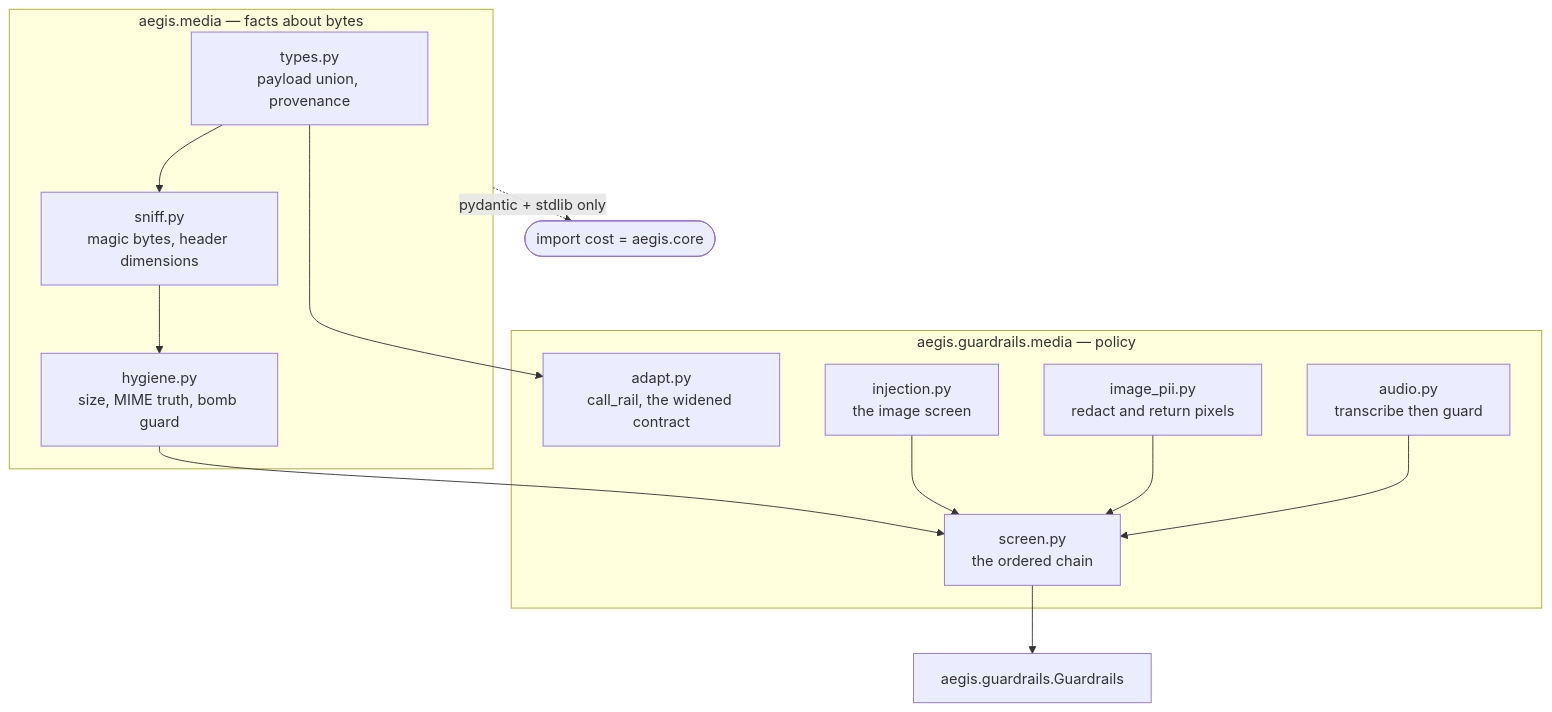
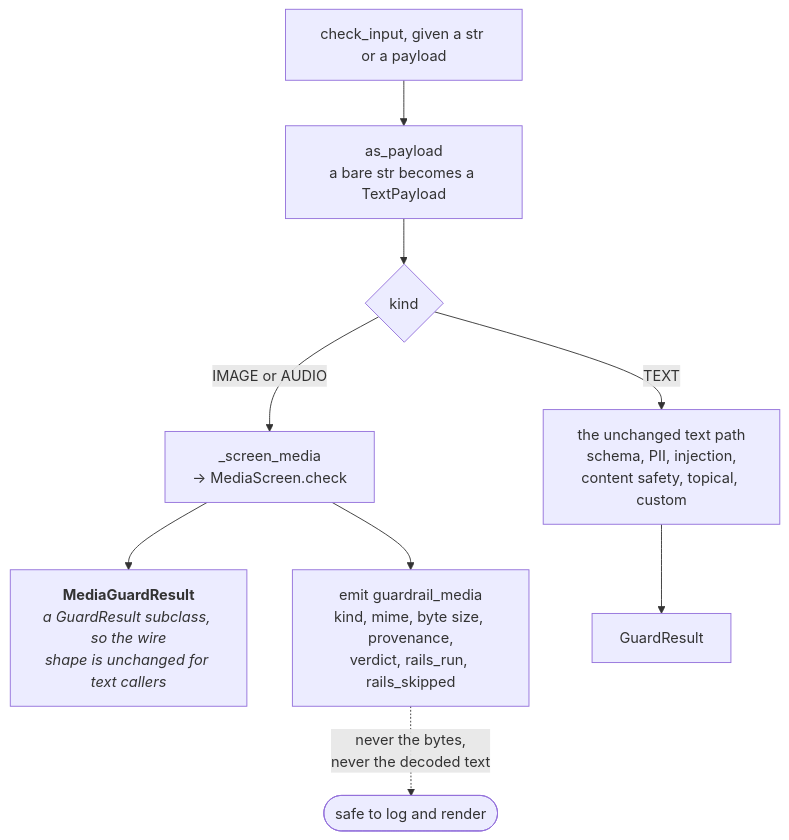
One commit to yrevash/aegis changed the first of 5 diagrams in docs/teaching/media/40-diagrams.md. Above: the diagram before and after it, drawn with Mermaid. The commit also changed other lines of this file and 111 other files, not shown here.

````diff
--- a/docs/teaching/media/40-diagrams.md
+++ b/docs/teaching/media/40-diagrams.md
@@ -11,28 +15,14 @@
 ```mermaid
 flowchart TB
-    subgraph FACTS["aegis.media — facts about bytes"]
-        T["types.py<br/>payload union, provenance"]
-        S["sniff.py<br/>magic bytes, header dimensions"]
-        H["hygiene.py<br/>size, MIME truth, bomb guard"]
-    end
+    IN["check_input, given a str or a payload"] --> AS["as_payload<br/>a bare str becomes a TextPayload"]
+    AS --> K{"kind"}
 
-    subgraph POLICY["aegis.guardrails.media — policy"]
-        AD["adapt.py<br/>call_rail, the widened contract"]
-        IN["injection.py<br/>the image screen"]
-        PI["image_pii.py<br/>redact and return pixels"]
-        AU["audio.py<br/>transcribe then guard"]
-        SC["screen.py<br/>the ordered chain"]
-    end
+    K -->|TEXT| TXT["the unchanged text path<br/>schema, PII, injection,<br/>content safety, topical, custom"]
+    K -->|"IMAGE or AUDIO"| MED["_screen_media<br/>-> MediaScreen.check"]
 
-    T --> S
-    S --> H
-    H --> SC
-    T --> AD
-    IN --> SC
-    PI --> SC
-    AU --> SC
+    MED --> RES["<b>MediaGuardResult</b><br/><i>a GuardResult subclass, so the wire<br/>shape is unchanged for text callers</i>"]
+    MED --> EV["emit guardrail_media<br/>kind, mime, byte size, provenance,<br/>verdict, rails_run, rails_skipped"]
+    TXT --> RES2["GuardResult"]
 
-    SC --> G["aegis.guardrails.Guardrails"]
-
-    FACTS -.->|"pydantic + stdlib only"| CHEAP(["import cost = aegis.core"])
+    EV -.->|"never the bytes,<br/>never the decoded text"| SAFE(["safe to log and render"])
 ```
````
